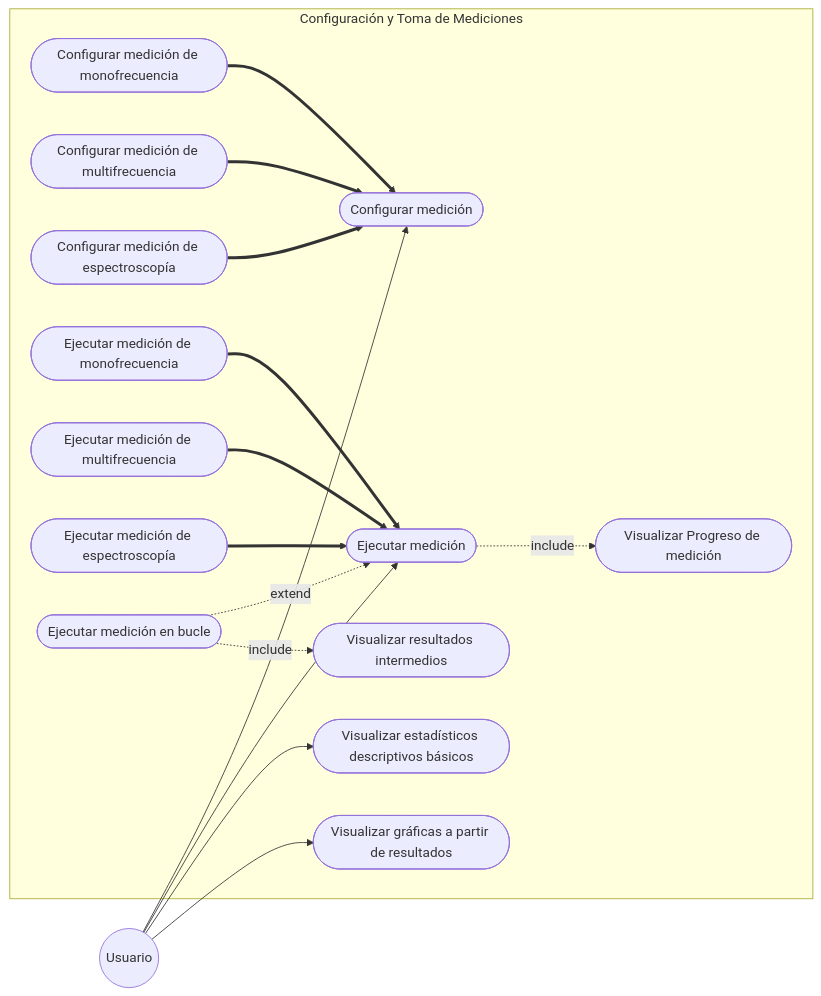
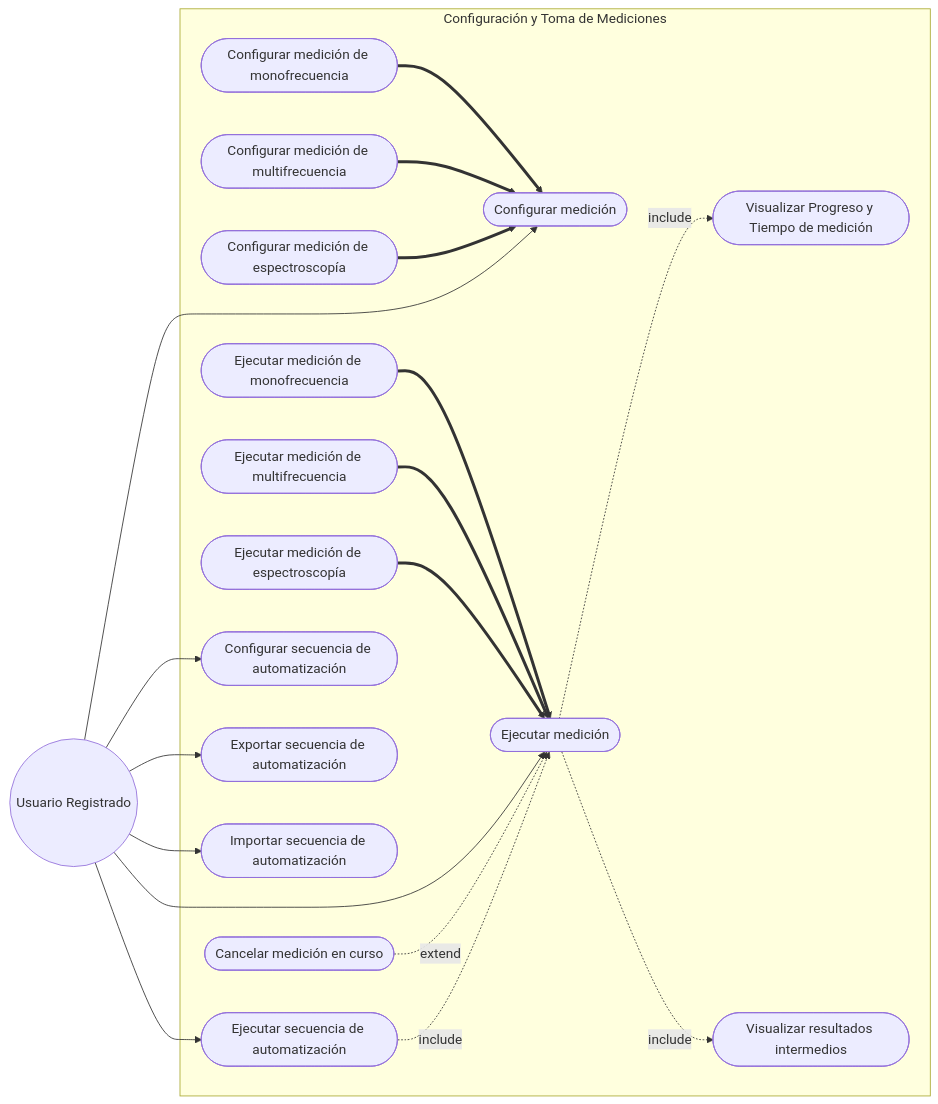
The third of 7 diagrams in Gmini-MarkDown/Diagramas/Diagramas de CU.md (alegrelias/Repo-GMini), drawn with Mermaid before and after one commit. The commit also changed other lines of this file and 1 other file, not shown here.

Commit message:
Añadi un archivo con los diagramas de cus sin modificar y uno con los diagramas de cus modificados

````diff
--- a/Gmini-MarkDown/Diagramas/Diagramas de CU.md
+++ b/Gmini-MarkDown/Diagramas/Diagramas de CU.md
@@ -46,41 +59,47 @@
 ```mermaid
 flowchart LR
 %% Actores
-Usuario((Usuario))
+Usuario((Usuario Registrado))
 
 subgraph Configuración y Toma de Mediciones
 	CU7([Configurar medición])
 	CU8([Configurar medición de monofrecuencia])
 	CU9([Configurar medición de multifrecuencia])
 	CU10([Configurar medición de espectroscopía])
 	CU11([Ejecutar medición])
 	CU12([Ejecutar medición de monofrecuencia])
 	CU13([Ejecutar medición de multifrecuencia])
 	CU14([Ejecutar medición de espectroscopía])
-	CU15([Visualizar Progreso de medición])
-	CU16([Visualizar estadísticos descriptivos básicos])
-	CU17([Ejecutar medición en bucle])
-	CU18([Visualizar gráficas a partir de resultados])
+	CU15([Visualizar Progreso y Tiempo de medición])
 	CU19([Visualizar resultados intermedios])
+	CU_D2([Cancelar medición en curso])
+
+	%% Casos de Uso de Automatización incorporados
+	CU_A1([Configurar secuencia de automatización])
+	CU_A2([Exportar secuencia de automatización])
+	CU_A3([Importar secuencia de automatización])
+	CU_A4([Ejecutar secuencia de automatización])
 end
 
 %% Generalización
 CU8 ==> CU7
 CU9 ==> CU7
 CU10 ==> CU7
 CU12 ==> CU11
 CU13 ==> CU11
 CU14 ==> CU11
 
-
 %% Asociaciones
 Usuario --> CU7
 Usuario --> CU11
-Usuario --> CU16
-Usuario --> CU18
+Usuario --> CU_A1
+Usuario --> CU_A2
+Usuario --> CU_A3
+Usuario --> CU_A4
 
 %% Relaciones Include/Extend
 CU11 -.include.-> CU15
-CU17 -.extend.-> CU11
-CU17 -.include.-> CU19
+CU11 -.include.-> CU19
+CU_D2 -.extend.-> CU11
+CU_A4 -.include.-> CU11
 ```
````
